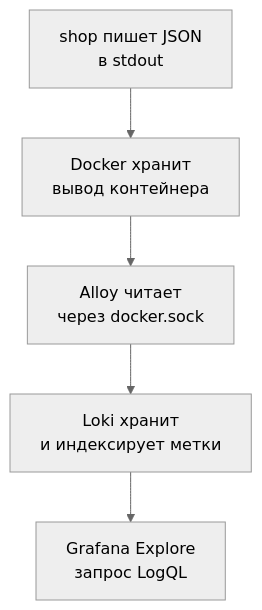
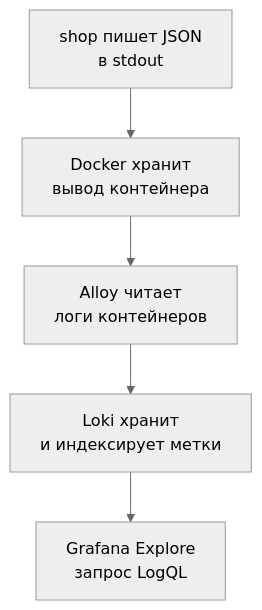
One commit to distinguished-sre/load-tester changed the first of 3 diagrams in 07-observability/05-logs-loki.md. Above: the diagram before and after it, drawn with Mermaid (neutral theme). The commit also changed other lines of this file and 6 other files, not shown here.

````diff
--- a/07-observability/05-logs-loki.md
+++ b/07-observability/05-logs-loki.md
@@ -31,7 +33,7 @@
 ```mermaid
 flowchart TD
     A["shop пишет JSON<br>в stdout"] --> B["Docker хранит<br>вывод контейнера"]
-    B --> C["Alloy читает<br>через docker.sock"]
+    B --> C["Alloy читает<br>логи контейнеров"]
     C --> D["Loki хранит<br>и индексирует метки"]
     D --> E["Grafana Explore<br>запрос LogQL"]
 ```
````
